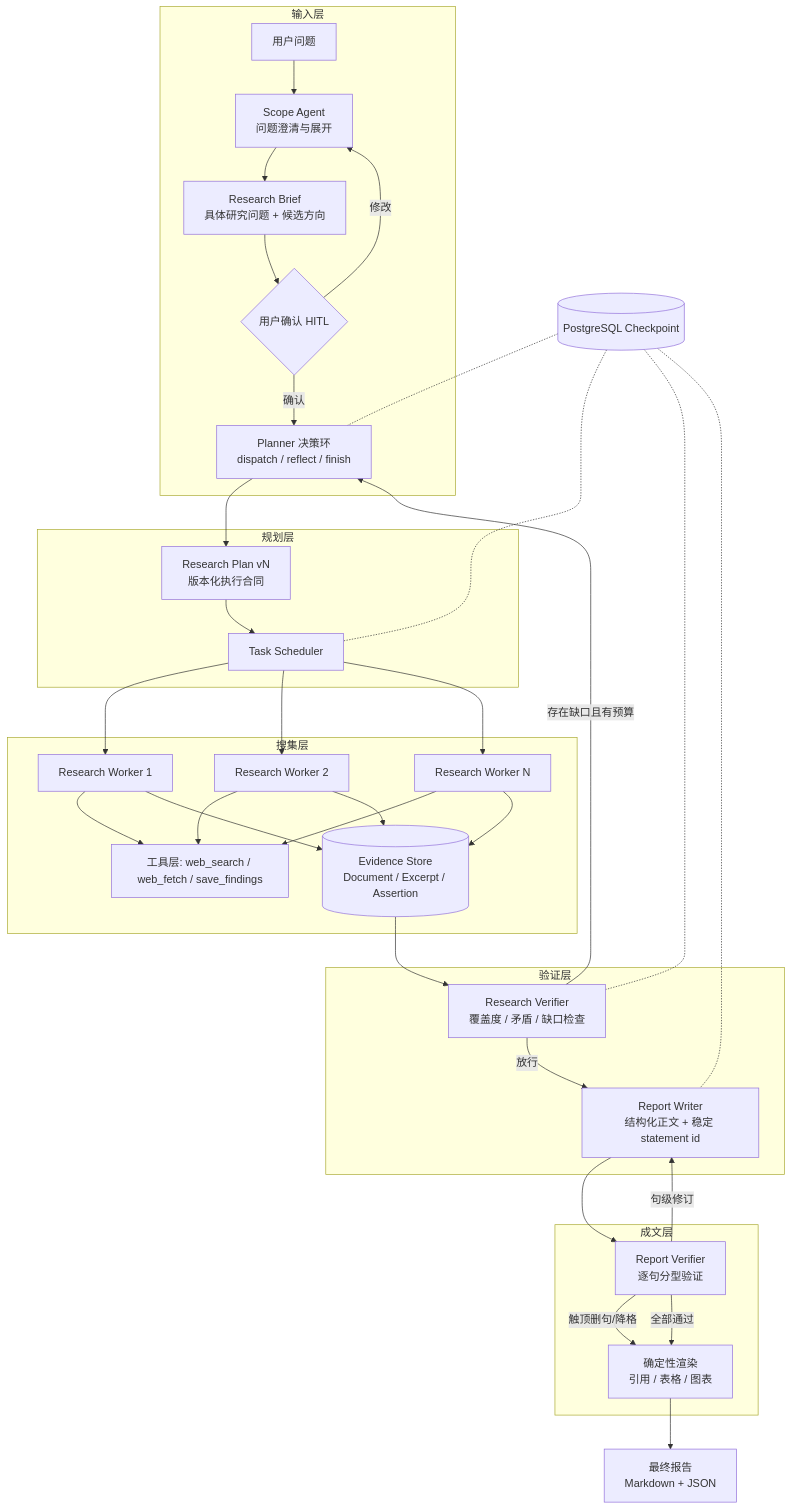
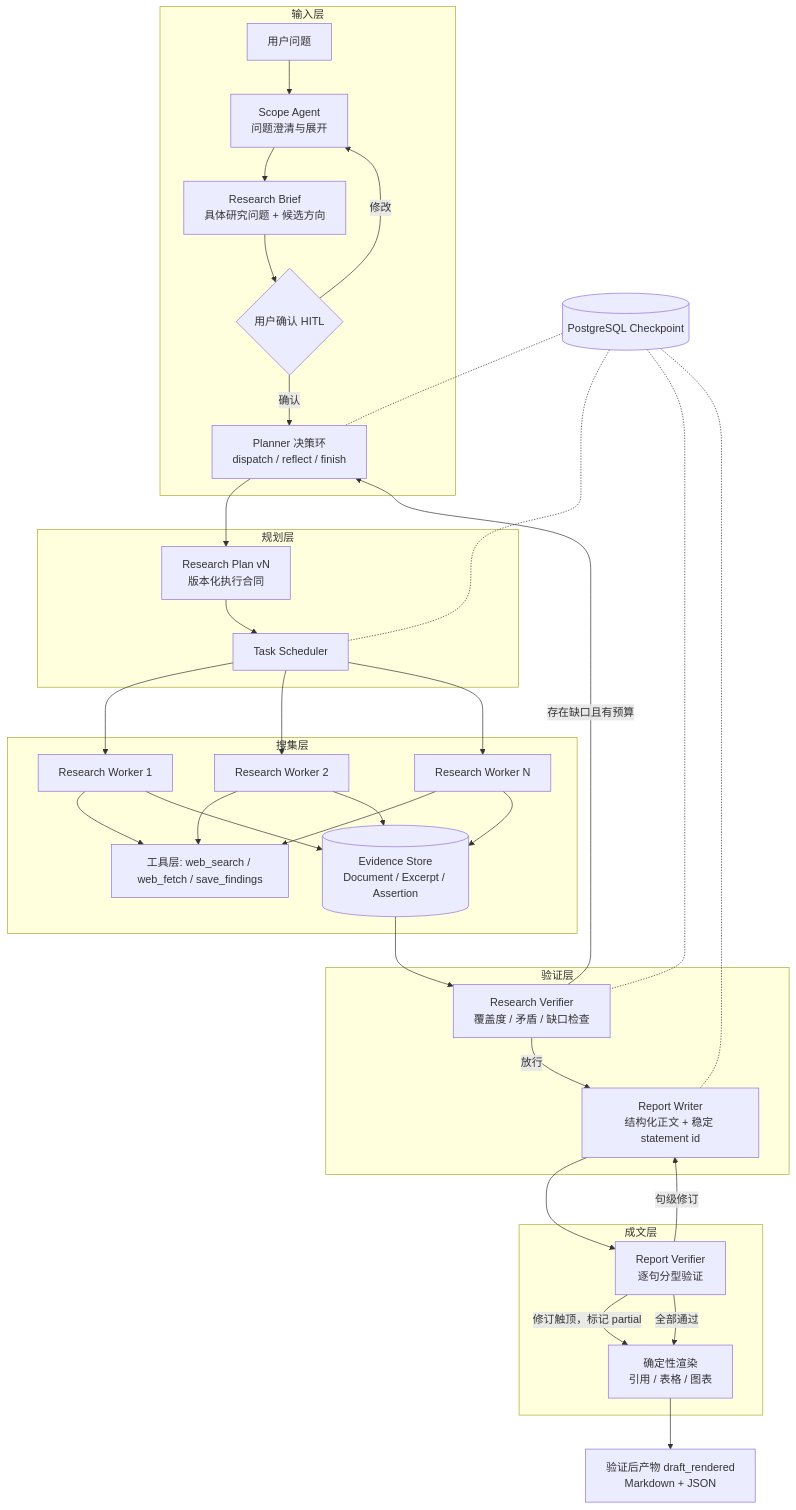
Before and after one commit to ecaps7/Prospector: the diagram in README.md, drawn with Mermaid. The commit also changed other lines of this file and 4 other files, not shown here.

````diff
--- a/README.md
+++ b/README.md
@@ -9,48 +9,48 @@
 ```mermaid
 flowchart TD
     subgraph 输入层
         U[用户问题] --> S[Scope Agent<br/>问题澄清与展开]
         S --> B[Research Brief<br/>具体研究问题 + 候选方向]
         B --> H{用户确认 HITL}
         H -- 修改 --> S
         H -- 确认 --> P
     end
 
     subgraph 规划层
         P[Planner 决策环<br/>dispatch / reflect / finish] --> PL[Research Plan vN<br/>版本化执行合同]
         PL --> SCH[Task Scheduler]
     end
 
     subgraph 搜集层
         SCH --> W1[Research Worker 1]
         SCH --> W2[Research Worker 2]
         SCH --> WN[Research Worker N]
         W1 --> TOOLS
         W2 --> TOOLS
         WN --> TOOLS
         TOOLS[工具层: web_search / web_fetch / save_findings]
         W1 --> ES
         W2 --> ES
         WN --> ES
     end
 
     subgraph 验证层
         ES[(Evidence Store<br/>Document / Excerpt / Assertion)] --> V[Research Verifier<br/>覆盖度 / 矛盾 / 缺口检查]
         V -- 存在缺口且有预算 --> P
         V -- 放行 --> RW
     end
 
     subgraph 成文层
         RW[Report Writer<br/>结构化正文 + 稳定 statement id] --> RV[Report Verifier<br/>逐句分型验证]
         RV -- 句级修订 --> RW
-        RV -- 触顶删句/降格 --> CR
+        RV -- 修订触顶，标记 partial --> CR
         RV -- 全部通过 --> CR[确定性渲染<br/>引用 / 表格 / 图表]
     end
 
-    CR --> F[最终报告<br/>Markdown + JSON]
+    CR --> F[验证后产物 draft_rendered<br/>Markdown + JSON]
 
     CP[(PostgreSQL Checkpoint)] -.- P
     CP -.- SCH
     CP -.- V
     CP -.- RW
 ```
````
